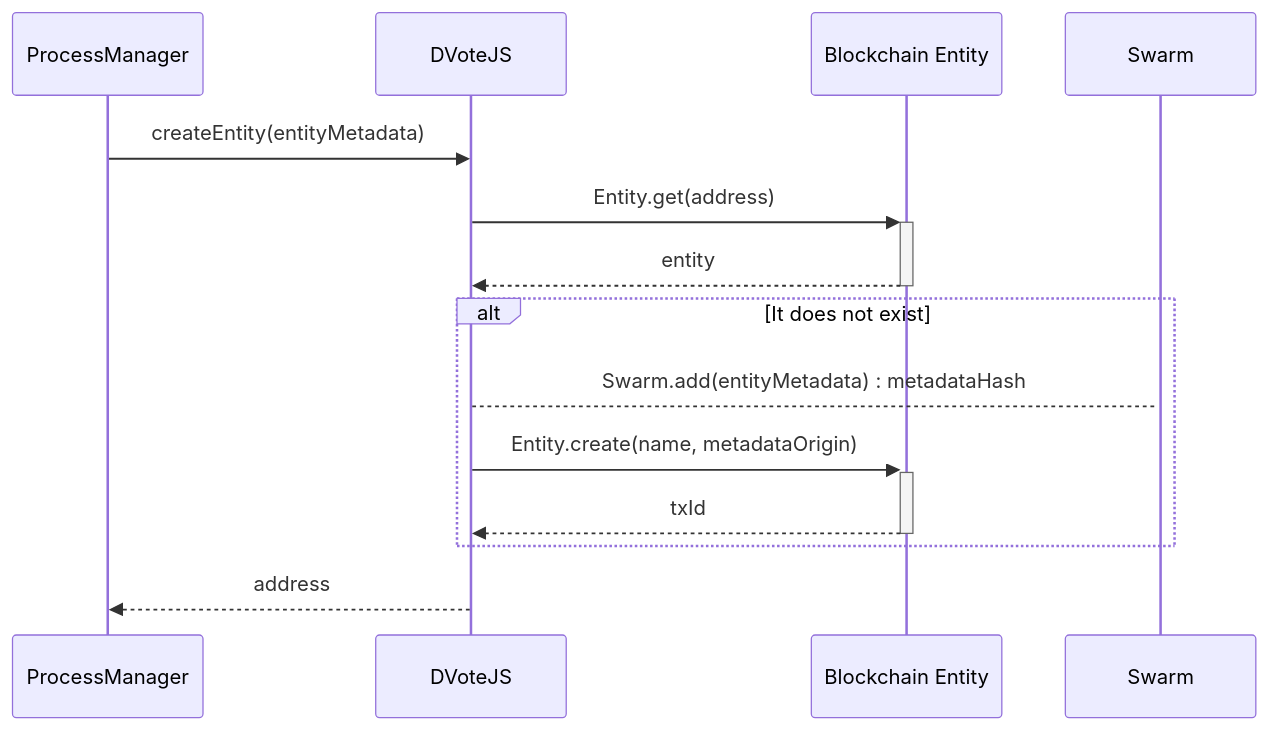
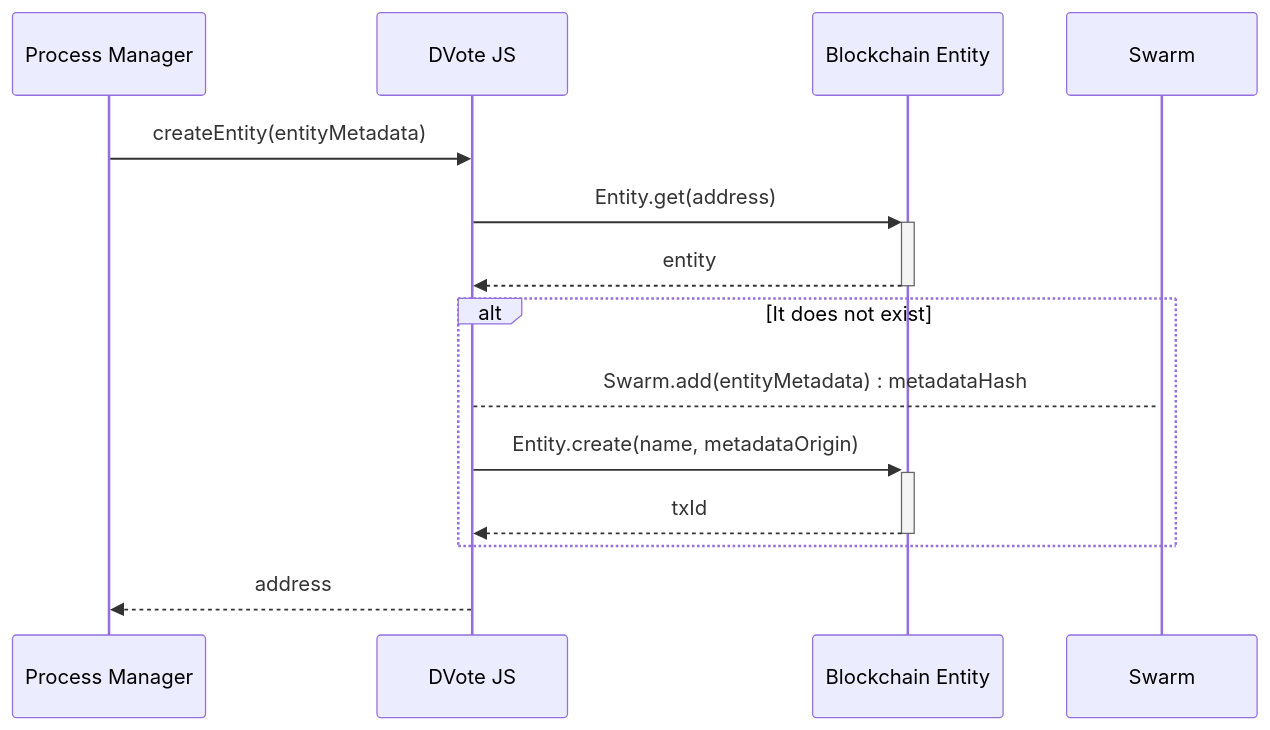
One commit to vocdoni/docs changed the third of 6 diagrams in docs/protocol/sequence-diagrams.md. Above: the diagram before and after it, drawn with Mermaid. The commit also changed other lines of this file and 1 other file, not shown here.

````diff
--- a/docs/protocol/sequence-diagrams.md
+++ b/docs/protocol/sequence-diagrams.md
@@ -26,16 +30,21 @@
 ```mermaid
 sequenceDiagram
-    ProcessManager->>DVoteJS: createEntity(entityMetadata)
+    participant PM as Process Manager
+    participant DVJS as DVote JS
+    participant BE as Blockchain Entity
+    participant S as Swarm
 
-        DVoteJS->>+Blockchain Entity: Entity.get(address)
-        Blockchain Entity-->>-DVoteJS: entity
+    PM->>DVJS: createEntity(entityMetadata)
+
+        DVJS->>+BE: Entity.get(address)
+        BE-->>-DVJS: entity
 
         Alt It does not exist
-            DVoteJS-->+Swarm: Swarm.add(entityMetadata) : metadataHash
+            DVJS-->+S: Swarm.add(entityMetadata) : metadataHash
 
-            DVoteJS->>+Blockchain Entity: Entity.create(name, metadataOrigin)
-            Blockchain Entity-->>-DVoteJS: txId
+            DVJS->>+BE: Entity.create(name, metadataOrigin)
+            BE-->>-DVJS: txId
         end
 
-    DVoteJS-->>ProcessManager: address
+    DVJS-->>PM: address
 ```
````
